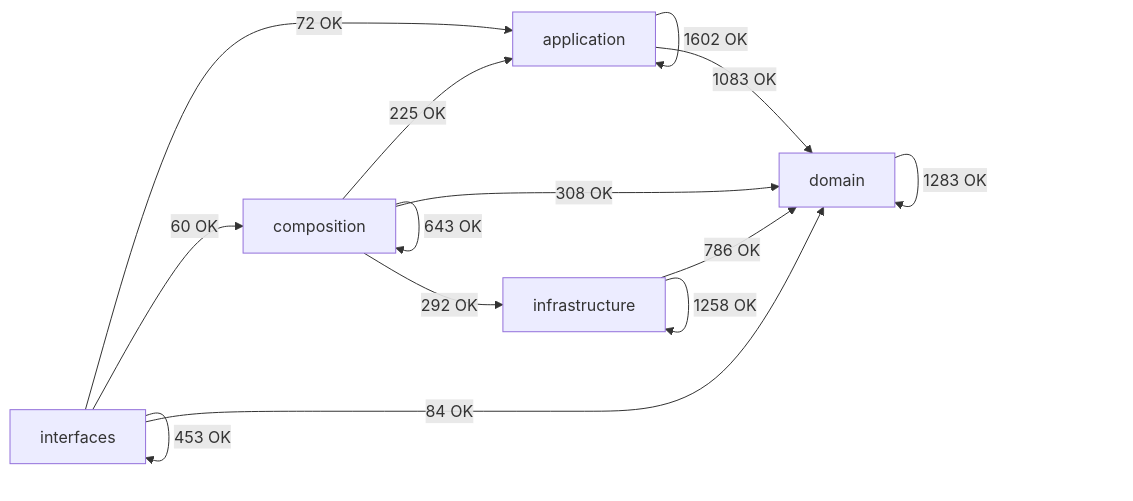
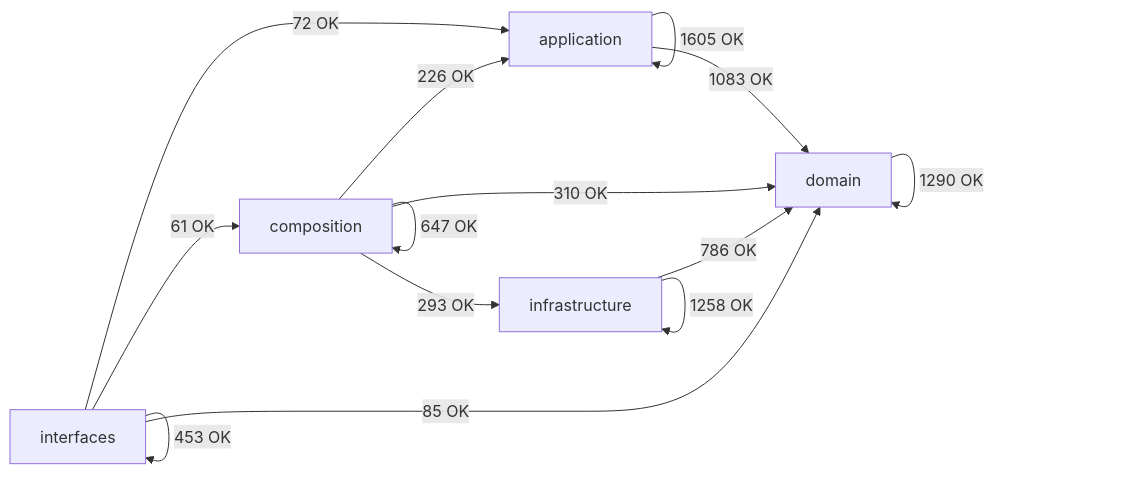
One commit to SatoryKono/BioactivityDataAcquisition changed the diagram in docs/02-architecture/generated/module-dependency-map.md. Above: the diagram before and after it, drawn with Mermaid. The commit also changed other lines of this file and 108 other files, not shown here.

First line of the commit message:
fix(architecture): pass policy data and own layer seams explicitly

````diff
--- a/docs/02-architecture/generated/module-dependency-map.md
+++ b/docs/02-architecture/generated/module-dependency-map.md
@@ -17,21 +17,21 @@
 ```mermaid
 flowchart LR
     domain[domain]
     application[application]
     infrastructure[infrastructure]
     composition[composition]
     interfaces[interfaces]
-    application -->|1602 OK| application
+    application -->|1605 OK| application
     application -->|1083 OK| domain
-    composition -->|225 OK| application
-    composition -->|643 OK| composition
-    composition -->|308 OK| domain
-    composition -->|292 OK| infrastructure
-    domain -->|1283 OK| domain
+    composition -->|226 OK| application
+    composition -->|647 OK| composition
+    composition -->|310 OK| domain
+    composition -->|293 OK| infrastructure
+    domain -->|1290 OK| domain
     infrastructure -->|786 OK| domain
     infrastructure -->|1258 OK| infrastructure
     interfaces -->|72 OK| application
-    interfaces -->|60 OK| composition
-    interfaces -->|84 OK| domain
+    interfaces -->|61 OK| composition
+    interfaces -->|85 OK| domain
     interfaces -->|453 OK| interfaces
 ```
````
